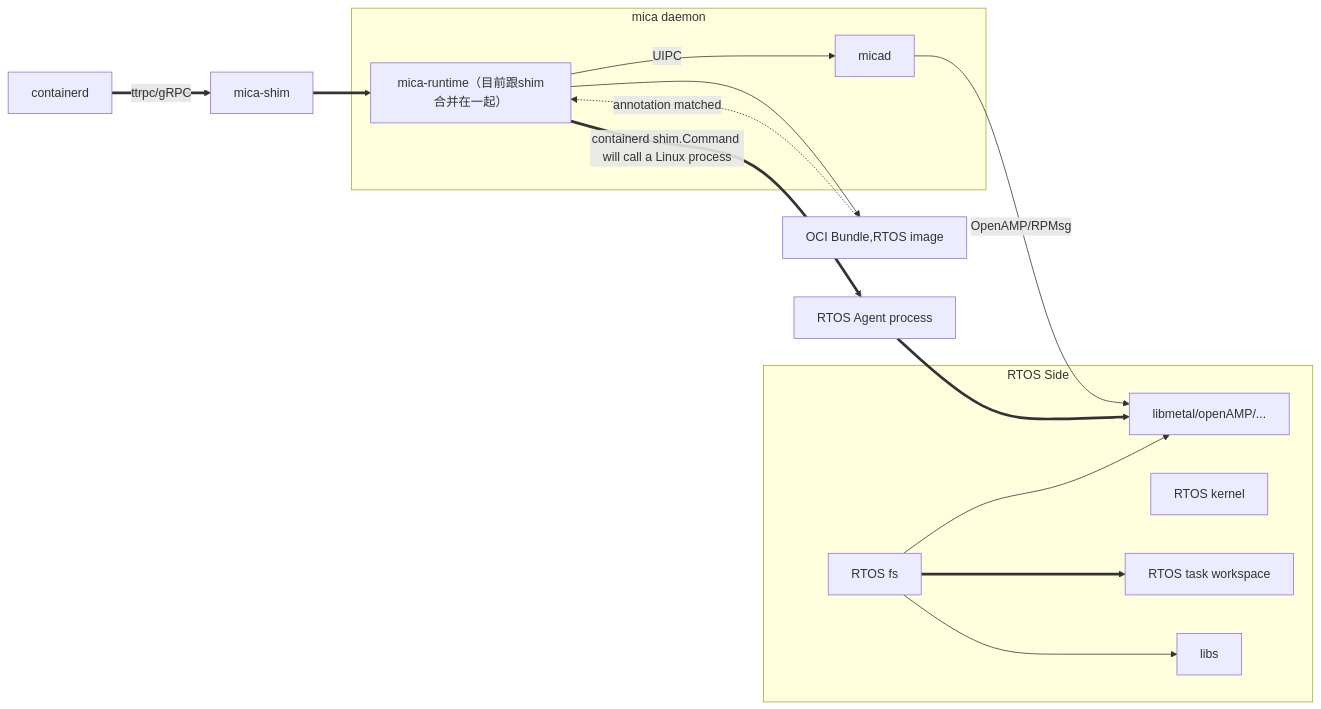
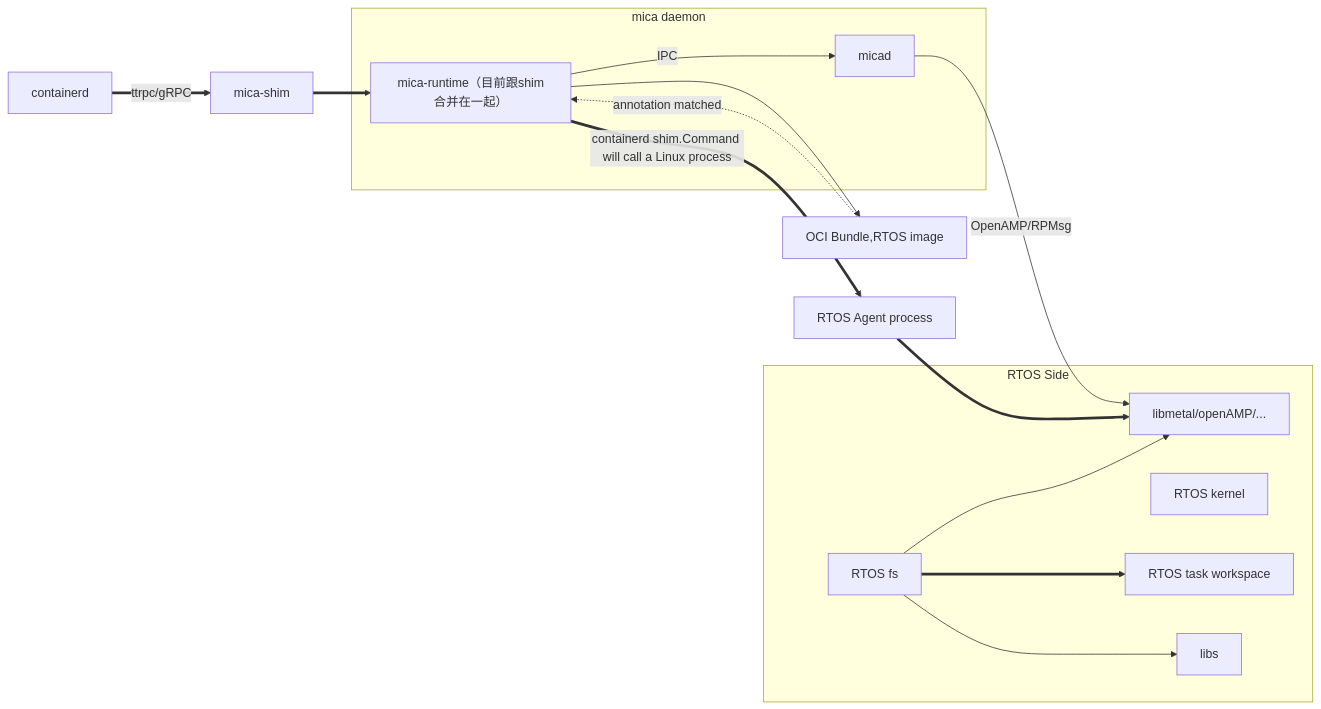
Before and after one commit to Egg12138/iodraw-files: the diagram in all/未命名.md, drawn with Mermaid.

Commit message:
2025-06-23 09:22:43 update

````diff
--- a/all/未命名.md
+++ b/all/未命名.md
@@ -1,24 +1,24 @@
 ```mermaid
 graph LR
     CD[containerd] ==>|ttrpc/gRPC| S
     S[mica-shim] ==> MR
-    MR[mica-runtime（目前跟shim合并在一起）] -->|UIPC| A[micad]
+    MR[mica-runtime（目前跟shim合并在一起）] -->|IPC| A[micad]
     MR -->C[OCI Bundle,RTOS image]
     MR ==>|containerd shim.Command will call a Linux process|AG[RTOS Agent process]
     A -->|OpenAMP/RPMsg| B[RTOS Remote Core]
     C -.->|annotation matched| MR
     AG ==>B
     subgraph RTOS Side
         K[RTOS kernel]
         B[libmetal/openAMP/...]
         D[RTOS fs] ==> E
         D --> L[libs]
         D --> B
         E[RTOS task workspace]
     end
-
+    
     subgraph mica daemon
         A
         MR
     end
 ```
````
